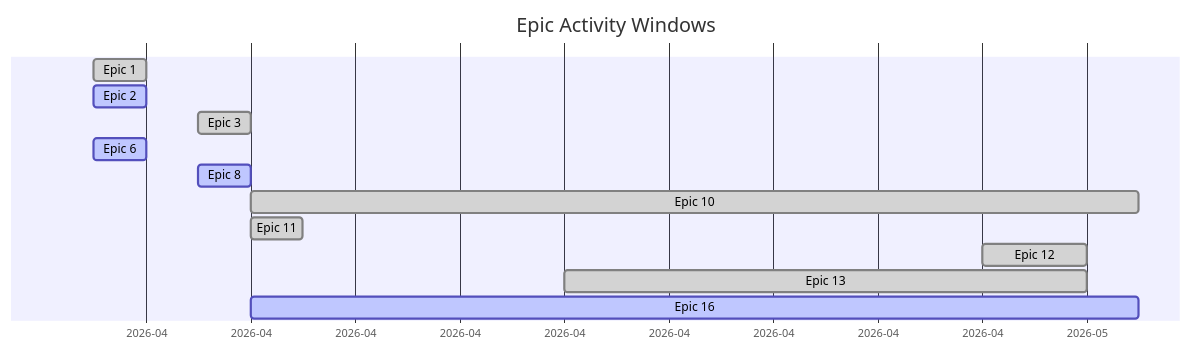
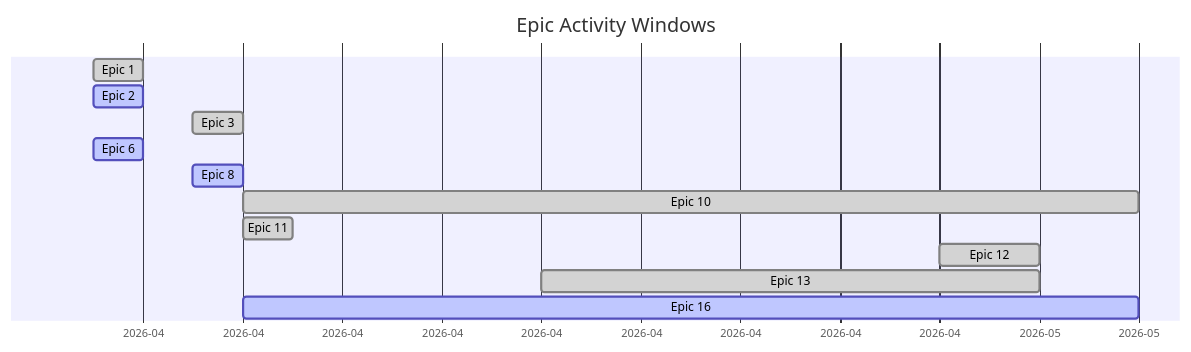
The diagram in docs/PROGRESS.md (wegofwd2020-hub/StudyBuddy_OnDemand), drawn with Mermaid before and after one commit. The commit also changed other lines of this file, not shown here.

````diff
--- a/docs/PROGRESS.md
+++ b/docs/PROGRESS.md
@@ -9,16 +9,16 @@
 ```mermaid
 gantt
     title Epic Activity Windows
     dateFormat YYYY-MM-DD
     axisFormat %Y-%m
     Epic 1  :done, e1, 2026-04-12, 2026-04-13
     Epic 2  :active, e2, 2026-04-12, 2026-04-13
     Epic 3  :done, e3, 2026-04-14, 2026-04-15
     Epic 6  :active, e6, 2026-04-12, 2026-04-13
     Epic 8  :active, e8, 2026-04-14, 2026-04-15
-    Epic 10 :done, e10, 2026-04-15, 2026-05-02
+    Epic 10 :done, e10, 2026-04-15, 2026-05-03
     Epic 11 :done, e11, 2026-04-15, 2026-04-16
     Epic 12 :done, e12, 2026-04-29, 2026-05-01
     Epic 13 :done, e13, 2026-04-21, 2026-05-01
-    Epic 16 :active, e16, 2026-04-15, 2026-05-02
+    Epic 16 :active, e16, 2026-04-15, 2026-05-03
 ```
````
